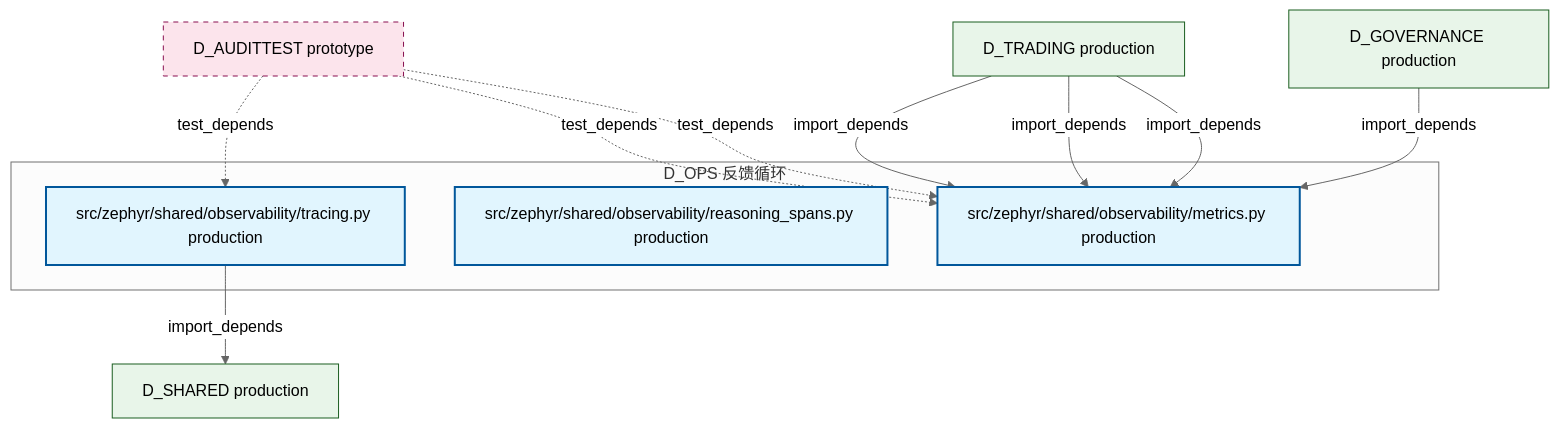
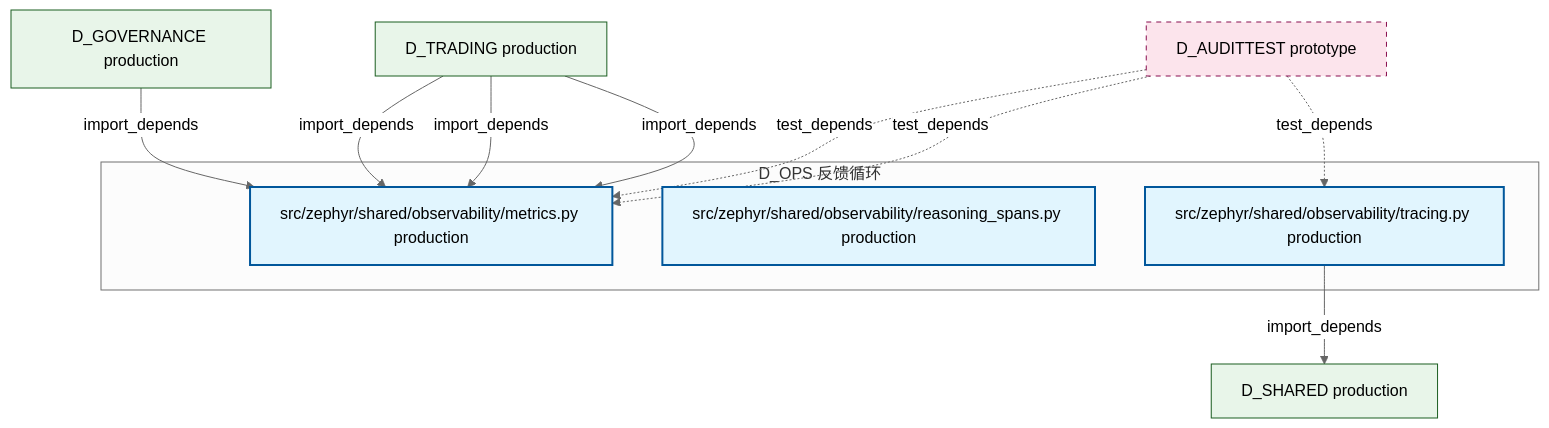
Before and after one commit to xuanFelixVan/ZephyrAlpha: the diagram in docs/02_enterprise_architecture/02_domain_architecture_docs/16_d_ops.md, drawn with Mermaid (neutral theme). The commit also changed other lines of this file and 105 other files, not shown here.

````diff
--- a/docs/02_enterprise_architecture/02_domain_architecture_docs/16_d_ops.md
+++ b/docs/02_enterprise_architecture/02_domain_architecture_docs/16_d_ops.md
@@ -47,27 +47,27 @@
 ```mermaid
 graph TD
     subgraph D_OPS["D_OPS 反馈循环"]
         src_zephyr_shared_observability_metrics_py["src/zephyr/shared/observability/metrics.py production"]
         src_zephyr_shared_observability_reasoning_spans_py["src/zephyr/shared/observability/reasoning_spans.py production"]
         src_zephyr_shared_observability_tracing_py["src/zephyr/shared/observability/tracing.py production"]
     end
     D_SHARED["D_SHARED production"]
     src_zephyr_shared_observability_tracing_py -->|import_depends| D_SHARED
     D_AUDITTEST["D_AUDITTEST prototype"]
     D_AUDITTEST -.->|test_depends| src_zephyr_shared_observability_tracing_py
-    D_AUDITTEST -.->|test_depends| src_zephyr_shared_observability_metrics_py
-    D_AUDITTEST -.->|test_depends| src_zephyr_shared_observability_metrics_py
+    D_GOVERNANCE["D_GOVERNANCE production"]
+    D_GOVERNANCE -->|import_depends| src_zephyr_shared_observability_metrics_py
     D_TRADING["D_TRADING production"]
     D_TRADING -->|import_depends| src_zephyr_shared_observability_metrics_py
     D_TRADING -->|import_depends| src_zephyr_shared_observability_metrics_py
     D_TRADING -->|import_depends| src_zephyr_shared_observability_metrics_py
-    D_GOVERNANCE["D_GOVERNANCE production"]
-    D_GOVERNANCE -->|import_depends| src_zephyr_shared_observability_metrics_py
+    D_AUDITTEST -.->|test_depends| src_zephyr_shared_observability_metrics_py
+    D_AUDITTEST -.->|test_depends| src_zephyr_shared_observability_metrics_py
     classDef production fill:#e1f5fe,stroke:#01579b,stroke-width:2px,color:#000
     classDef design fill:#fff3e0,stroke:#e65100,stroke-width:2px,color:#000,stroke-dasharray: 5 5
     classDef external_prod fill:#e8f5e9,stroke:#1b5e20,stroke-width:1px,color:#000
     classDef external_design fill:#fce4ec,stroke:#880e4f,stroke-width:1px,color:#000,stroke-dasharray: 5 5
     class src_zephyr_shared_observability_metrics_py,src_zephyr_shared_observability_reasoning_spans_py,src_zephyr_shared_observability_tracing_py production
-    class D_SHARED,D_TRADING,D_GOVERNANCE external_prod
+    class D_SHARED,D_GOVERNANCE,D_TRADING external_prod
     class D_AUDITTEST external_design
 ```
````
